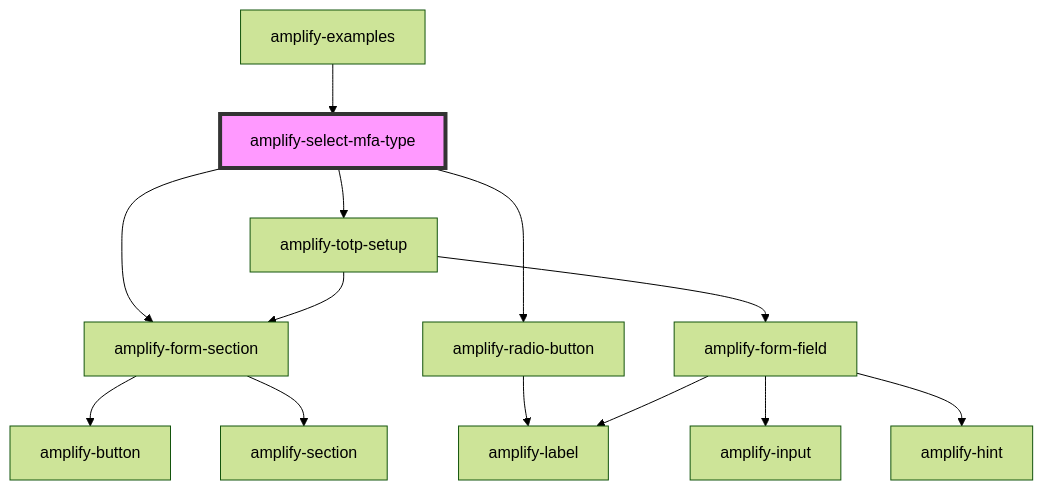
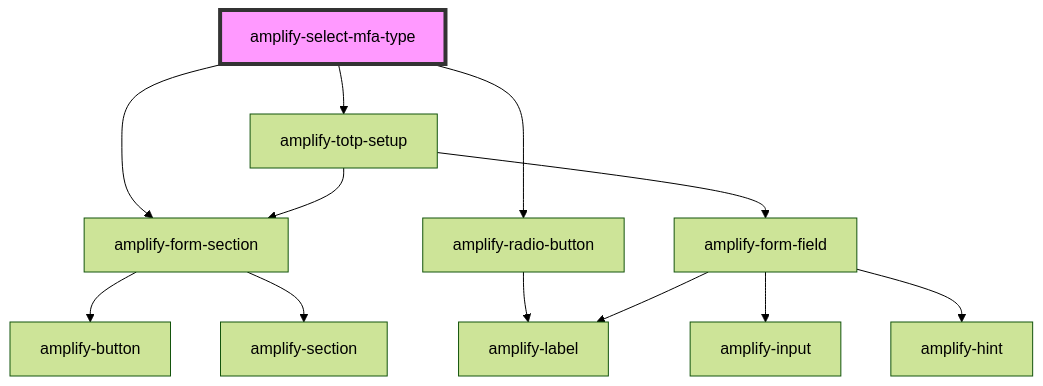
The diagram in packages/amplify-ui-components/src/components/amplify-select-mfa-type/readme.md (aws-amplify/amplify-js), drawn with Mermaid (forest theme) before and after one commit. The commit also changed other lines of this file and 24 other files, not shown here.

````diff
--- a/packages/amplify-ui-components/src/components/amplify-select-mfa-type/readme.md
+++ b/packages/amplify-ui-components/src/components/amplify-select-mfa-type/readme.md
@@ -28,16 +24,15 @@
 ```mermaid
 graph TD;
   amplify-select-mfa-type --> amplify-form-section
   amplify-select-mfa-type --> amplify-radio-button
   amplify-select-mfa-type --> amplify-totp-setup
   amplify-form-section --> amplify-button
   amplify-form-section --> amplify-section
   amplify-radio-button --> amplify-label
   amplify-totp-setup --> amplify-form-section
   amplify-totp-setup --> amplify-form-field
   amplify-form-field --> amplify-label
   amplify-form-field --> amplify-input
   amplify-form-field --> amplify-hint
-  amplify-examples --> amplify-select-mfa-type
   style amplify-select-mfa-type fill:#f9f,stroke:#333,stroke-width:4px
 ```
````
